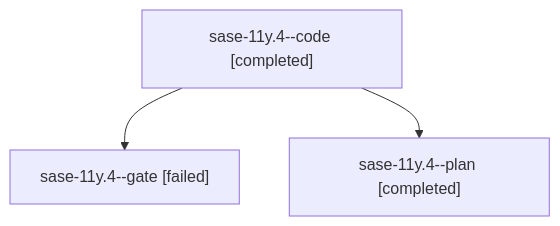
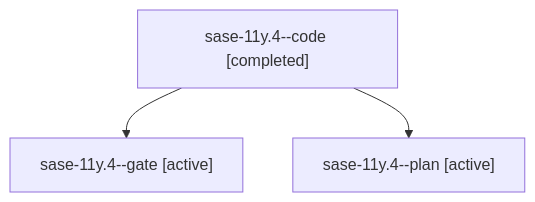
The diagram in families/bbugyi200.athena.sase-11y.4.md (sase-org/sase--agents), drawn with Mermaid before and after one commit. The commit also changed other lines of this file and 35830 other files, not shown here.

````diff
--- a/families/bbugyi200.athena.sase-11y.4.md
+++ b/families/bbugyi200.athena.sase-11y.4.md
@@ -9,8 +9,8 @@
 ```mermaid
 flowchart TD
   n0["sase-11y.4--code [completed]"]
-  n1["sase-11y.4--gate [failed]"]
+  n1["sase-11y.4--gate [active]"]
   n0 --> n1
-  n2["sase-11y.4--plan [completed]"]
+  n2["sase-11y.4--plan [active]"]
   n0 --> n2
 ```
````
